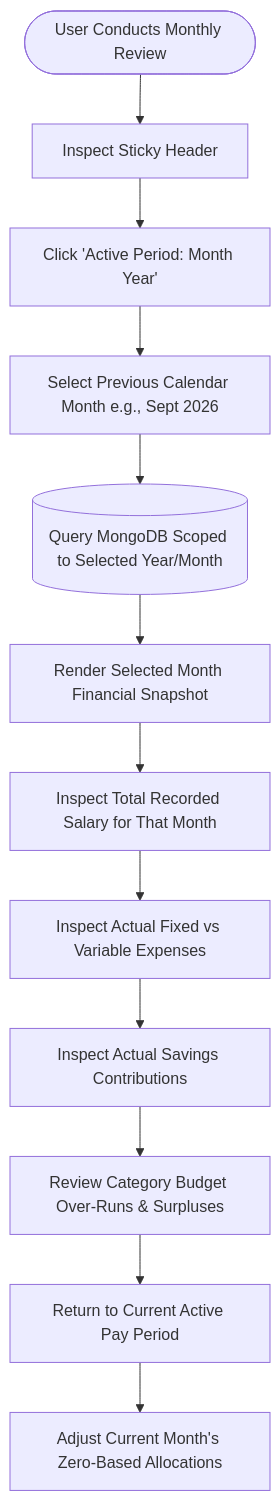
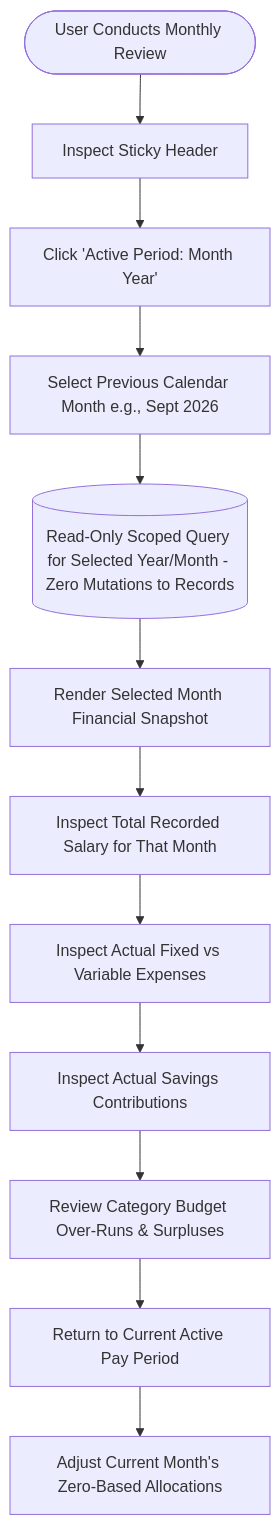
One commit to zainrubi/Fintrack changed the sixth of 6 diagrams in docs/phase-2-information-architecture-and-user-flows.md. Above: the diagram before and after it, drawn with Mermaid. The commit also changed other lines of this file and 1 other file, not shown here.

````diff
--- a/docs/phase-2-information-architecture-and-user-flows.md
+++ b/docs/phase-2-information-architecture-and-user-flows.md
@@ -267,17 +266,17 @@
 ```mermaid
 flowchart TD
     Review([User Conducts Monthly Review]) --> OpenHeader[Inspect Sticky Header]
     OpenHeader --> ClickPeriodSwitcher[Click 'Active Period: Month Year']
     ClickPeriodSwitcher --> SelectPriorMonth[Select Previous Calendar Month e.g., Sept 2026]
 
-    SelectPriorMonth --> FetchPeriodData[(Query MongoDB Scoped to Selected Year/Month)]
+    SelectPriorMonth --> FetchPeriodData[(Read-Only Scoped Query for Selected Year/Month - Zero Mutations to Records)]
     FetchPeriodData --> RenderPastDashboard[Render Selected Month Financial Snapshot]
 
     RenderPastDashboard --> AuditInflow[Inspect Total Recorded Salary for That Month]
     AuditInflow --> AuditOutflows[Inspect Actual Fixed vs Variable Expenses]
     AuditOutflows --> AuditSavings[Inspect Actual Savings Contributions]
     AuditSavings --> AuditVariance[Review Category Budget Over-Runs & Surpluses]
     
     AuditVariance --> SwitchToActive[Return to Current Active Pay Period]
     SwitchToActive --> ApplyLessons[Adjust Current Month's Zero-Based Allocations]
 ```
````
